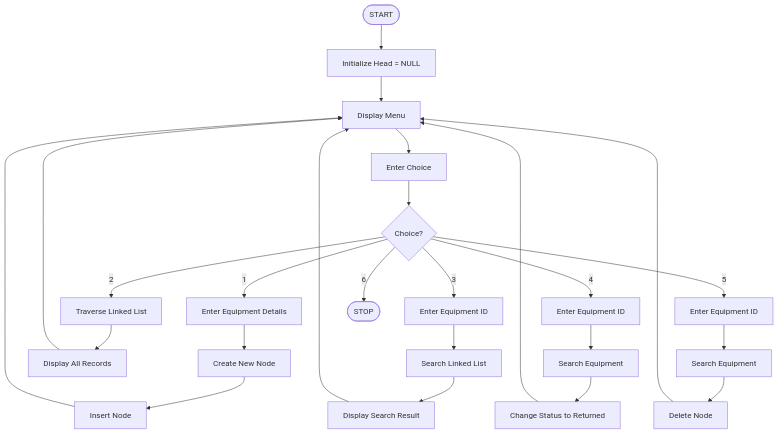
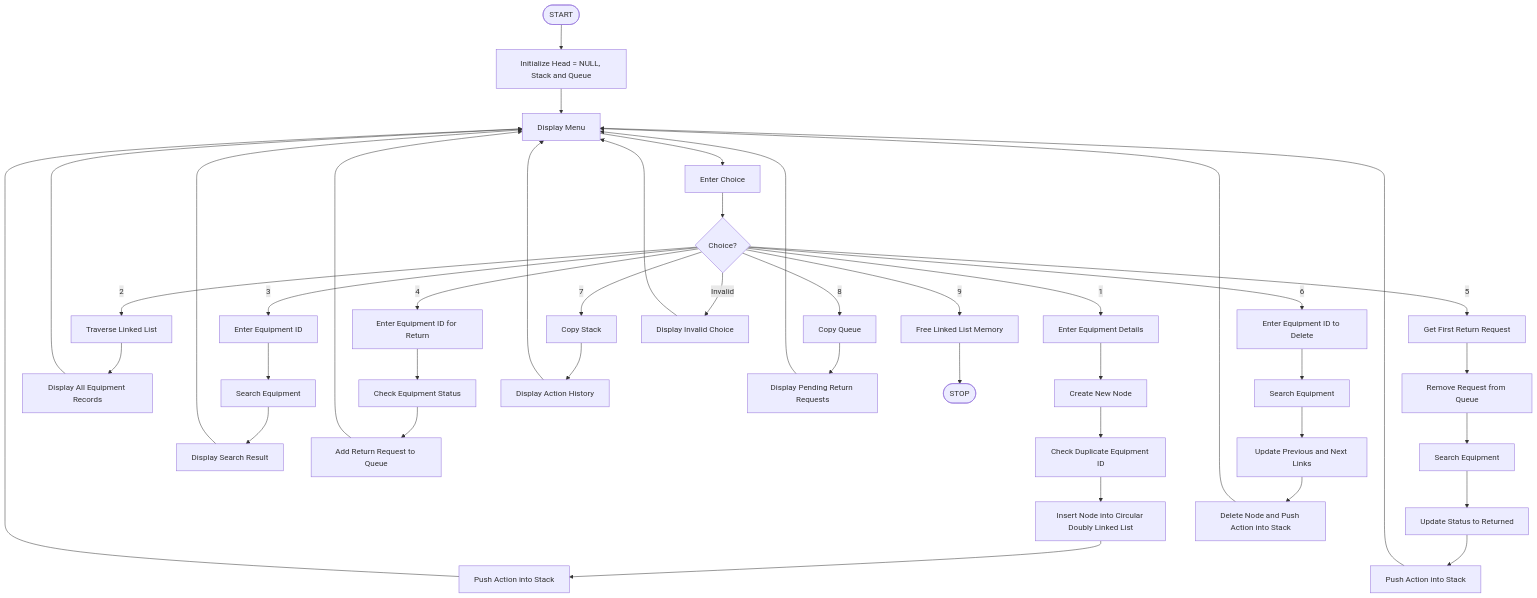
One commit to Tanvi-g413/DSA_project_by_Tanvi changed the diagram in Project 1/flowchart/README.md. Above: the diagram before and after it, drawn with Mermaid.

Commit message:
Enhance flowchart with new features and checks
Updated flowchart to include stack and queue initialization, duplicate equipment ID check, and additional return request handling.

````diff
--- a/Project 1/flowchart/README.md
+++ b/Project 1/flowchart/README.md
@@ -3,33 +3,55 @@
 ```mermaid
 flowchart TD
-    A([START]) --> B[Initialize Head = NULL]
+    A([START]) --> B[Initialize Head = NULL, Stack and Queue]
     B --> C[Display Menu]
     C --> D[Enter Choice]
     D --> E{Choice?}
 
     E -->|1| F[Enter Equipment Details]
     F --> G[Create New Node]
-    G --> H[Insert Node]
-    H --> C
-
-    E -->|2| I[Traverse Linked List]
-    I --> J[Display All Records]
+    G --> H[Check Duplicate Equipment ID]
+    H --> I[Insert Node into Circular Doubly Linked List]
+    I --> J[Push Action into Stack]
     J --> C
 
-    E -->|3| K[Enter Equipment ID]
-    K --> L[Search Linked List]
-    L --> M[Display Search Result]
-    M --> C
+    E -->|2| K[Traverse Linked List]
+    K --> L[Display All Equipment Records]
+    L --> C
 
-    E -->|4| N[Enter Equipment ID]
-    N --> O[Search Equipment]
-    O --> P[Change Status to Returned]
-    P --> C
+    E -->|3| M[Enter Equipment ID]
+    M --> N[Search Equipment]
+    N --> O[Display Search Result]
+    O --> C
 
-    E -->|5| Q[Enter Equipment ID]
-    Q --> R[Search Equipment]
-    R --> S[Delete Node]
-    S --> C
+    E -->|4| P[Enter Equipment ID for Return]
+    P --> Q[Check Equipment Status]
+    Q --> R[Add Return Request to Queue]
+    R --> C
 
-    E -->|6| T([STOP])
+    E -->|5| S[Get First Return Request]
+    S --> T[Remove Request from Queue]
+    T --> U[Search Equipment]
+    U --> V[Update Status to Returned]
+    V --> W[Push Action into Stack]
+    W --> C
+
+    E -->|6| X[Enter Equipment ID to Delete]
+    X --> Y[Search Equipment]
+    Y --> Z[Update Previous and Next Links]
+    Z --> AA[Delete Node and Push Action into Stack]
+    AA --> C
+
+    E -->|7| AB[Copy Stack]
+    AB --> AC[Display Action History]
+    AC --> C
+
+    E -->|8| AD[Copy Queue]
+    AD --> AE[Display Pending Return Requests]
+    AE --> C
+
+    E -->|9| AF[Free Linked List Memory]
+    AF --> AG([STOP])
+
+    E -->|Invalid| AH[Display Invalid Choice]
+    AH --> C
 ```
````
